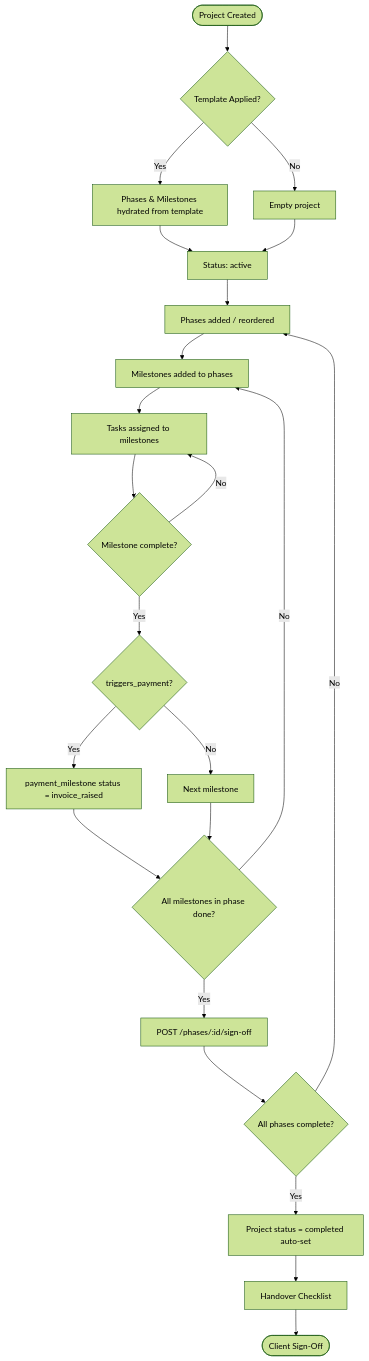
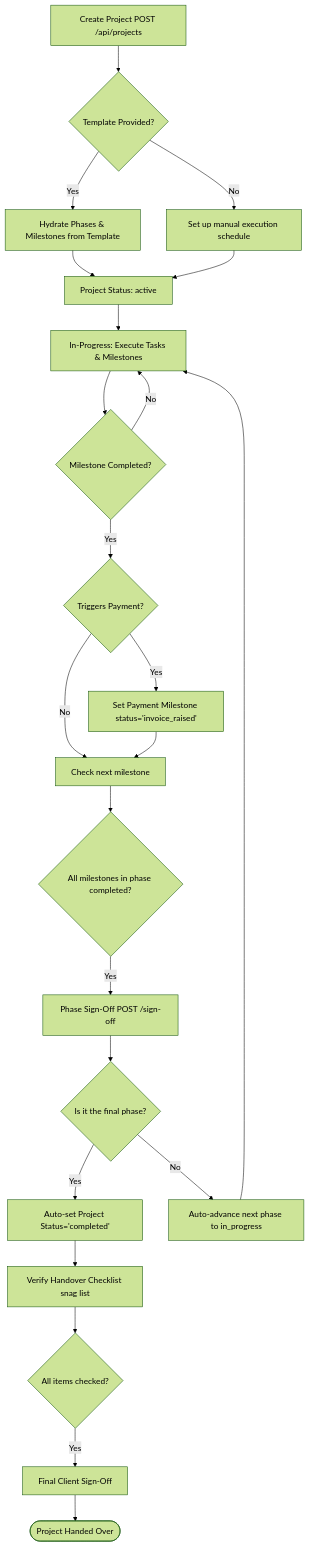
One commit to nvnkmr127/CRM-Interior-Construction changed the second of 2 diagrams in docs/project.md. Above: the diagram before and after it, drawn with Mermaid (forest theme). The commit also changed other lines of this file and 2 other files, not shown here.

Commit message:
feat: add Drawer component styles and documentation for lead-to-project conversion workflow

````diff
--- a/docs/project.md
+++ b/docs/project.md
@@ -186,27 +114,28 @@
 ```mermaid
 flowchart TD
-    A([Project Created]) --> B{Template Applied?}
-    B -- Yes --> C[Phases & Milestones hydrated from template]
-    B -- No --> D[Empty project]
-    C --> E[Status: active]
+    A[Create Project POST /api/projects] --> B{Template Provided?}
+    B -- Yes --> C[Hydrate Phases & Milestones from Template]
+    B -- No --> D[Set up manual execution schedule]
+    C --> E[Project Status: active]
     D --> E
-
-    E --> F[Phases added / reordered]
-    F --> G[Milestones added to phases]
-    G --> H[Tasks assigned to milestones]
-    H --> I{Milestone complete?}
-    I -- Yes --> J{triggers_payment?}
-    J -- Yes --> K[payment_milestone status = invoice_raised]
-    J -- No --> L[Next milestone]
-    I -- No --> H
-
-    K --> M{All milestones in phase done?}
-    L --> M
-    M -- No --> G
-    M -- Yes --> N[POST /phases/:id/sign-off]
-    N --> O{All phases complete?}
-    O -- No --> F
-    O -- Yes --> P[Project status = completed auto-set]
-    P --> Q[Handover Checklist]
-    Q --> R([Client Sign-Off])
+    
+    E --> F[In-Progress: Execute Tasks & Milestones]
+    F --> G{Milestone Completed?}
+    G -- Yes --> H{Triggers Payment?}
+    H -- Yes --> I[Set Payment Milestone status='invoice_raised']
+    H -- No --> J[Check next milestone]
+    I --> J
+    G -- No --> F
+    
+    J --> K{All milestones in phase completed?}
+    K -- Yes --> L[Phase Sign-Off POST /sign-off]
+    L --> M{Is it the final phase?}
+    M -- Yes --> N[Auto-set Project Status='completed']
+    M -- No --> O[Auto-advance next phase to in_progress]
+    O --> F
+    
+    N --> P[Verify Handover Checklist snag list]
+    P --> Q{All items checked?}
+    Q -- Yes --> R[Final Client Sign-Off]
+    R --> S([Project Handed Over])
 ```
````
